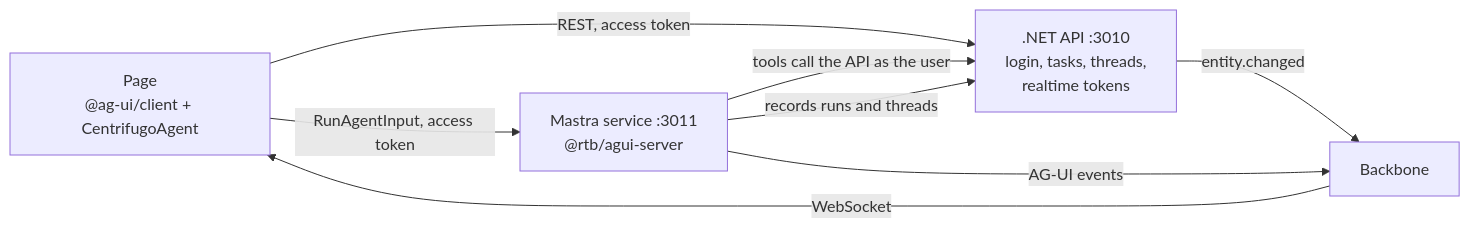
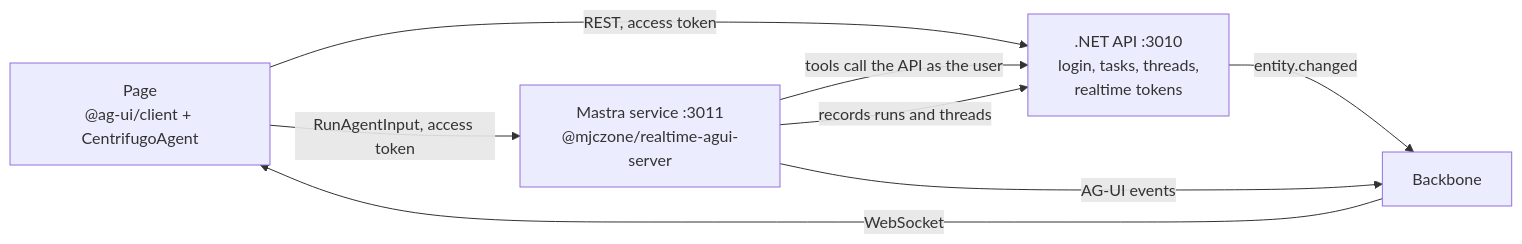
One commit to mjczone/realtime-backbone changed the first of 2 diagrams in samples/mastra-dotnet/README.md. Above: the diagram before and after it, drawn with Mermaid. The commit also changed other lines of this file and 224 other files, not shown here.

````diff
--- a/samples/mastra-dotnet/README.md
+++ b/samples/mastra-dotnet/README.md
@@ -5,14 +5,14 @@
 ```mermaid
 flowchart LR
   page["Page<br/>@ag-ui/client + CentrifugoAgent"]
   api[".NET API :3010<br/>login, tasks, threads,<br/>realtime tokens"]
-  agent["Mastra service :3011<br/>@rtb/agui-server"]
+  agent["Mastra service :3011<br/>@mjczone/realtime-agui-server"]
   cf["Backbone"]
   page -- "REST, access token" --> api
   page -- "RunAgentInput, access token" --> agent
   agent -- "tools call the API as the user" --> api
   agent -- "records runs and threads" --> api
   agent -- "AG-UI events" --> cf
   api -- "entity.changed" --> cf
   cf -- "WebSocket" --> page
 ```
````
